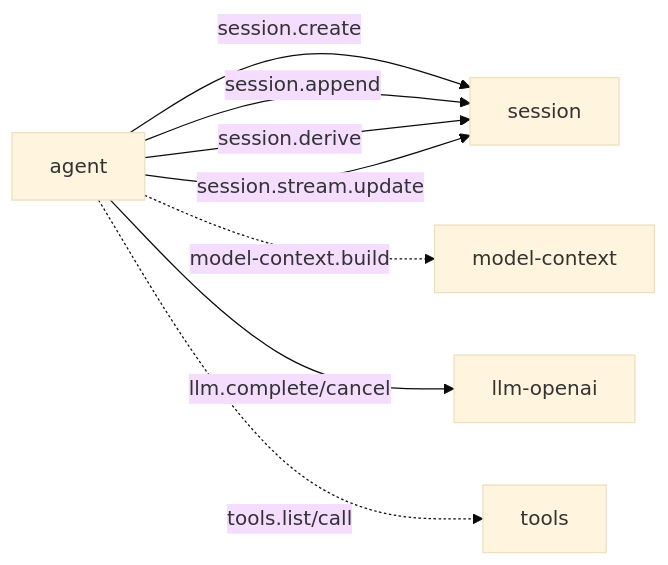
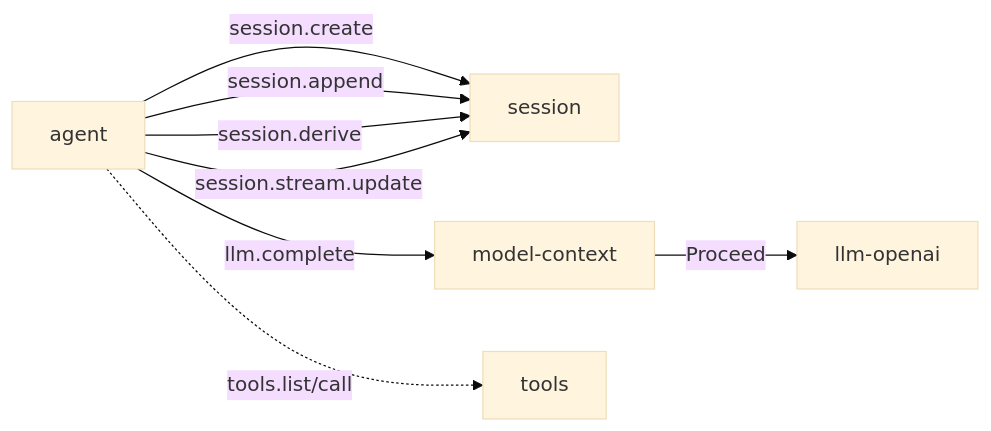
One commit to Alphazer01214/my-go-lite-agent changed the diagram in plugins/agent/communication.md. Above: the diagram before and after it, drawn with Mermaid (base theme). The commit also changed other lines of this file and 214 other files, not shown here.

````diff
--- a/plugins/agent/communication.md
+++ b/plugins/agent/communication.md
@@ -117,10 +127,10 @@
 ```mermaid
 flowchart LR
     A[agent] -->|session.create| S[session]
     A -->|session.append| S
     A -->|session.derive| S
     A -->|session.stream.update| S
-    A -.->|model-context.build| M[model-context]
-    A -->|llm.complete/cancel| L[llm-openai]
+    A -->|llm.complete| M[model-context]
+    M -->|Proceed| L[llm-openai]
     A -.->|tools.list/call| T[tools]
 ```
````
